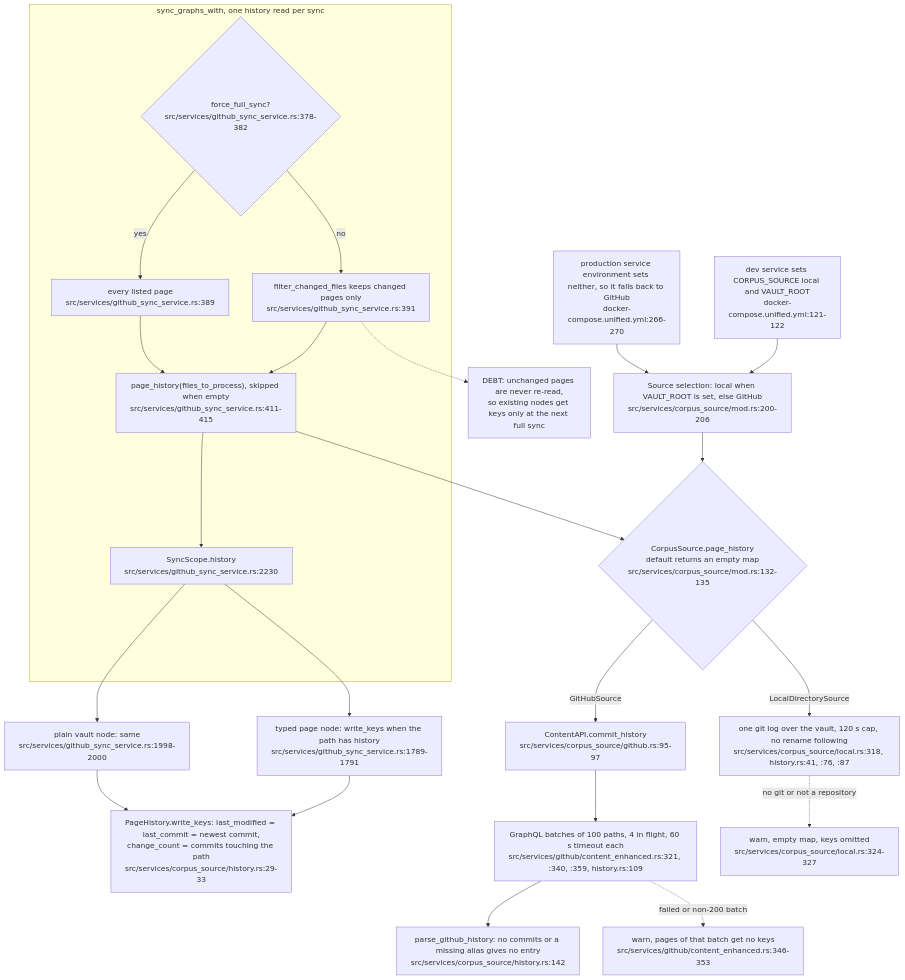
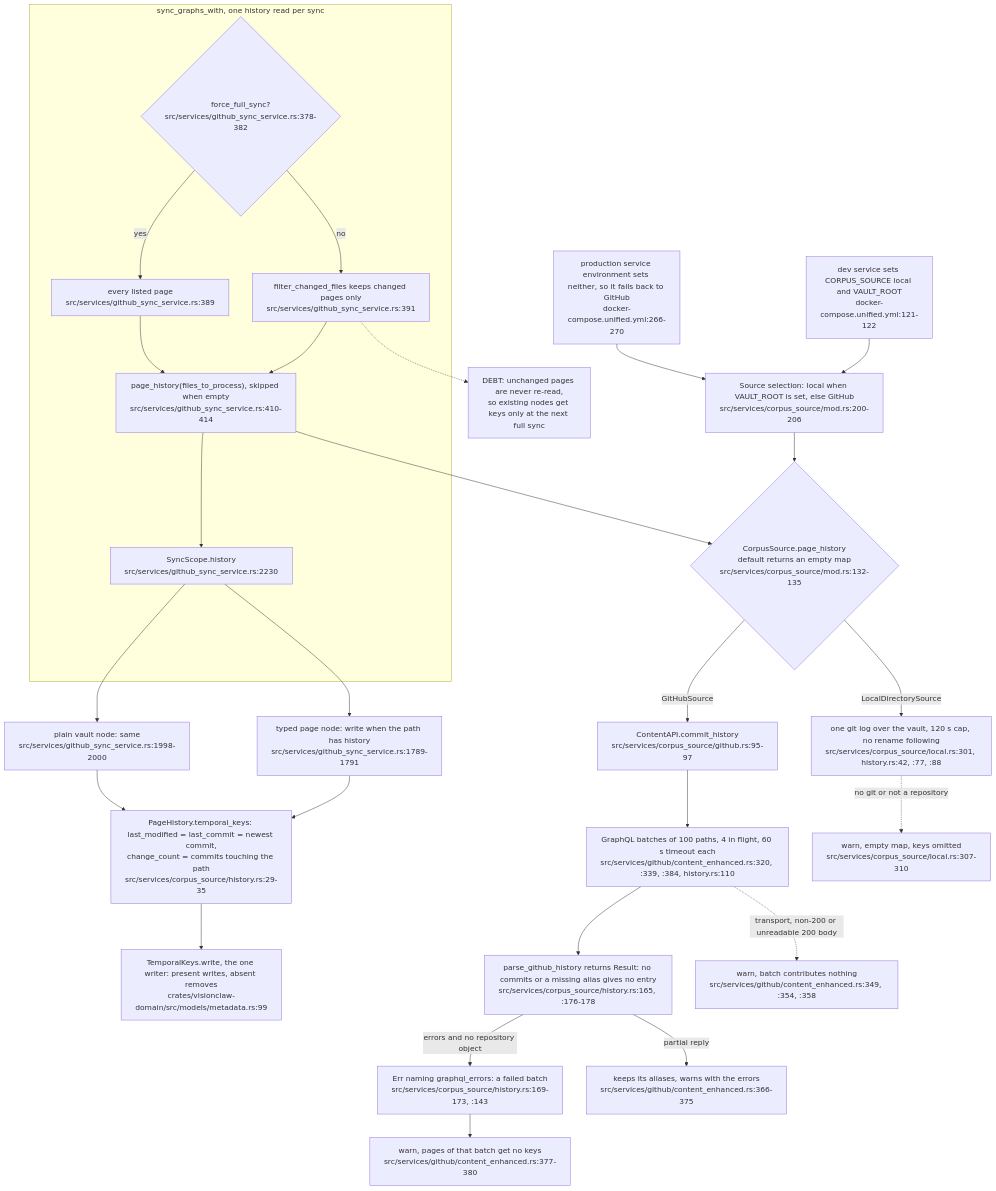
One commit to DreamLab-AI/VisionFlow changed the sixth of 7 diagrams in docs/diagrams/visionclaw/21-corpus-ingest-and-vault.md. Above: the diagram before and after it, drawn with Mermaid. The commit also changed other lines of this file and 46 other files, not shown here.

Commit message:
docs(diagrams): re-verify VisionClaw topics at 809a859aa/a950f4d80 after the consolidation pass

````diff
--- a/docs/diagrams/visionclaw/21-corpus-ingest-and-vault.md
+++ b/docs/diagrams/visionclaw/21-corpus-ingest-and-vault.md
@@ -266,26 +268,30 @@
 ```mermaid
 flowchart TB
     subgraph SYNC["sync_graphs_with, one history read per sync"]
         FF{"force_full_sync?<br/>src/services/github_sync_service.rs:378-382"}
         FF -->|no| INC["filter_changed_files keeps changed pages only<br/>src/services/github_sync_service.rs:391"]
         FF -->|yes| ALL["every listed page<br/>src/services/github_sync_service.rs:389"]
-        INC --> HR["page_history(files_to_process), skipped when empty<br/>src/services/github_sync_service.rs:411-415"]
+        INC --> HR["page_history(files_to_process), skipped when empty<br/>src/services/github_sync_service.rs:410-414"]
         ALL --> HR
         HR --> SC["SyncScope.history<br/>src/services/github_sync_service.rs:2230"]
     end
-    SC --> W1["typed page node: write_keys when the path has history<br/>src/services/github_sync_service.rs:1789-1791"]
+    SC --> W1["typed page node: write when the path has history<br/>src/services/github_sync_service.rs:1789-1791"]
     SC --> W2["plain vault node: same<br/>src/services/github_sync_service.rs:1998-2000"]
-    W1 --> WK["PageHistory.write_keys: last_modified = last_commit = newest commit,<br/>change_count = commits touching the path<br/>src/services/corpus_source/history.rs:29-33"]
-    W2 --> WK
+    W1 --> PK["PageHistory.temporal_keys: last_modified = last_commit = newest commit,<br/>change_count = commits touching the path<br/>src/services/corpus_source/history.rs:29-35"]
+    W2 --> PK
+    PK --> TW["TemporalKeys.write, the one writer: present writes, absent removes<br/>crates/visionclaw-domain/src/models/metadata.rs:99"]
     HR --> PORT{"CorpusSource.page_history<br/>default returns an empty map<br/>src/services/corpus_source/mod.rs:132-135"}
-    PORT -->|LocalDirectorySource| GL["one git log over the vault, 120 s cap, no rename following<br/>src/services/corpus_source/local.rs:318, history.rs:41, :76, :87"]
+    PORT -->|LocalDirectorySource| GL["one git log over the vault, 120 s cap, no rename following<br/>src/services/corpus_source/local.rs:301, history.rs:42, :77, :88"]
     PORT -->|GitHubSource| GH["ContentAPI.commit_history<br/>src/services/corpus_source/github.rs:95-97"]
-    GH --> GQ["GraphQL batches of 100 paths, 4 in flight, 60 s timeout each<br/>src/services/github/content_enhanced.rs:321, :340, :359, history.rs:109"]
-    GQ --> GP["parse_github_history: no commits or a missing alias gives no entry<br/>src/services/corpus_source/history.rs:142"]
-    GQ -.->|"failed or non-200 batch"| FO["warn, pages of that batch get no keys<br/>src/services/github/content_enhanced.rs:346-353"]
-    GL -.->|"no git or not a repository"| FO2["warn, empty map, keys omitted<br/>src/services/corpus_source/local.rs:324-327"]
+    GH --> GQ["GraphQL batches of 100 paths, 4 in flight, 60 s timeout each<br/>src/services/github/content_enhanced.rs:320, :339, :384, history.rs:110"]
+    GQ --> GP["parse_github_history returns Result: no commits or a missing alias gives no entry<br/>src/services/corpus_source/history.rs:165, :176-178"]
+    GP -->|"errors and no repository object"| GE["Err naming graphql_errors: a failed batch<br/>src/services/corpus_source/history.rs:169-173, :143"]
+    GP -->|"partial reply"| PR["keeps its aliases, warns with the errors<br/>src/services/github/content_enhanced.rs:366-375"]
+    GE --> FO["warn, pages of that batch get no keys<br/>src/services/github/content_enhanced.rs:377-380"]
+    GQ -.->|"transport, non-200 or unreadable 200 body"| FO1["warn, batch contributes nothing<br/>src/services/github/content_enhanced.rs:349, :354, :358"]
+    GL -.->|"no git or not a repository"| FO2["warn, empty map, keys omitted<br/>src/services/corpus_source/local.rs:307-310"]
     INC -.-> LOOSE["DEBT: unchanged pages are never re-read,<br/>so existing nodes get keys only at the next full sync"]
     SEL["Source selection: local when VAULT_ROOT is set, else GitHub<br/>src/services/corpus_source/mod.rs:200-206"] --> PORT
     DEV["dev service sets CORPUS_SOURCE local and VAULT_ROOT<br/>docker-compose.unified.yml:121-122"] --> SEL
     PROD["production service environment sets neither, so it falls back to GitHub<br/>docker-compose.unified.yml:266-270"] --> SEL
 ```
````
